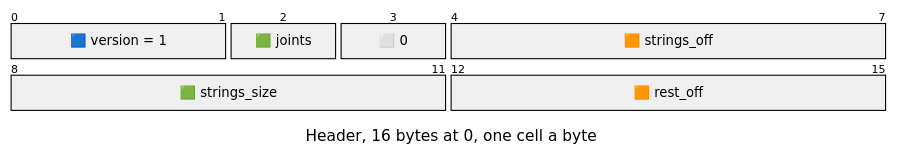
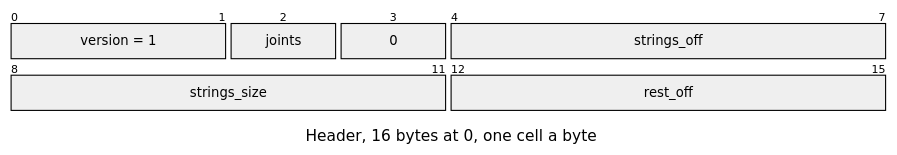
Before and after one commit to jose-villegas/autana: the first of 3 diagrams in docs/assets/formats/SKEL.md, drawn with Mermaid. The commit also changed other lines of this file and 13 other files, not shown here.

Commit message:
formats: fill each packet box by its field's role through themeCSS the role gate writes, replacing the label squares (autana-edcif)

````diff
--- a/docs/assets/formats/SKEL.md
+++ b/docs/assets/formats/SKEL.md
@@ -5,16 +5,17 @@
 ```mermaid
 ---
 config:
+  themeCSS: "g:nth-of-type(2) rect:nth-of-type(1) { fill: #8fb3ee !important; } g:nth-of-type(2) rect:nth-of-type(2) { fill: #93d6b0 !important; } g:nth-of-type(2) rect:nth-of-type(3) { fill: #ffffff !important; stroke-dasharray: 4 3 !important; } g:nth-of-type(2) rect:nth-of-type(4) { fill: #f4a885 !important; } g:nth-of-type(3) rect:nth-of-type(1) { fill: #93d6b0 !important; } g:nth-of-type(3) rect:nth-of-type(2) { fill: #f4a885 !important; } .packetLabel { fill: #1b1b1b !important; }"
   packet:
     bitsPerRow: 8
     bitWidth: 100
 ---
 packet-beta
 title Header, 16 bytes at 0, one cell a byte
-0-1: "🟦 version = 1"
-2: "🟩 joints"
-3: "⬜ 0"
-4-7: "🟧 strings_off"
-8-11: "🟩 strings_size"
-12-15: "🟧 rest_off"
+0-1: "version = 1"
+2: "joints"
+3: "0"
+4-7: "strings_off"
+8-11: "strings_size"
+12-15: "rest_off"
 ```
````
